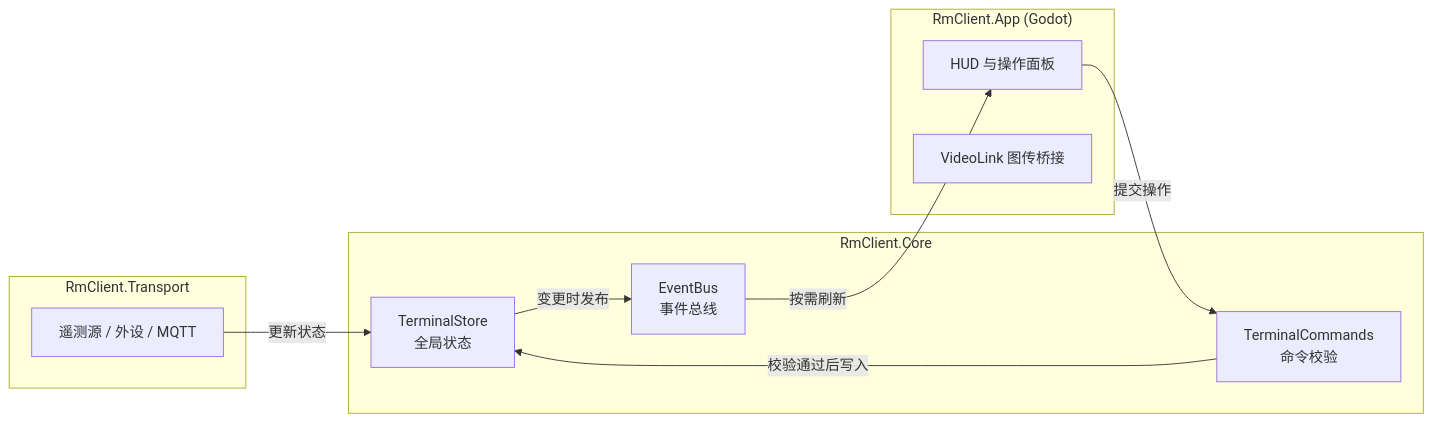
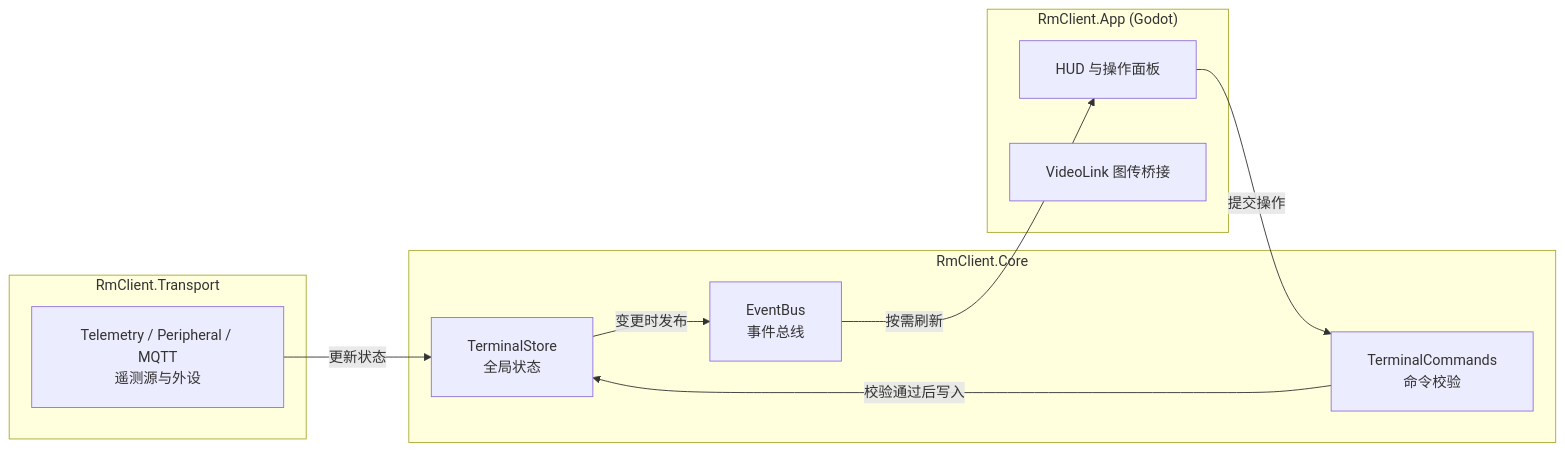
The diagram in docs/architecture.md (PnX-HKUSTGZ/CustomClient-RM27), drawn with Mermaid before and after one commit.

Commit message:
docs: fix Mermaid node label clipping on GitHub

````diff
--- a/docs/architecture.md
+++ b/docs/architecture.md
@@ -67,23 +67,24 @@
 ```mermaid
+%%{init: {'flowchart': {'padding': 20}}}%%
 flowchart LR
     subgraph Transport["RmClient.Transport"]
-        Source["遥测源 / 外设 / MQTT"]
+        Source["Telemetry / Peripheral / MQTT<br/>遥测源与外设"]
     end
 
     subgraph Core["RmClient.Core"]
         Store["TerminalStore<br/>全局状态"]
         Bus["EventBus<br/>事件总线"]
         Cmd["TerminalCommands<br/>命令校验"]
     end
 
     subgraph App["RmClient.App (Godot)"]
         UI["HUD 与操作面板"]
         Video["VideoLink 图传桥接"]
     end
 
     Source -->|更新状态| Store
     Store -->|变更时发布| Bus
     Bus -->|按需刷新| UI
     UI -->|提交操作| Cmd
     Cmd -->|校验通过后写入| Store
 ```
````
